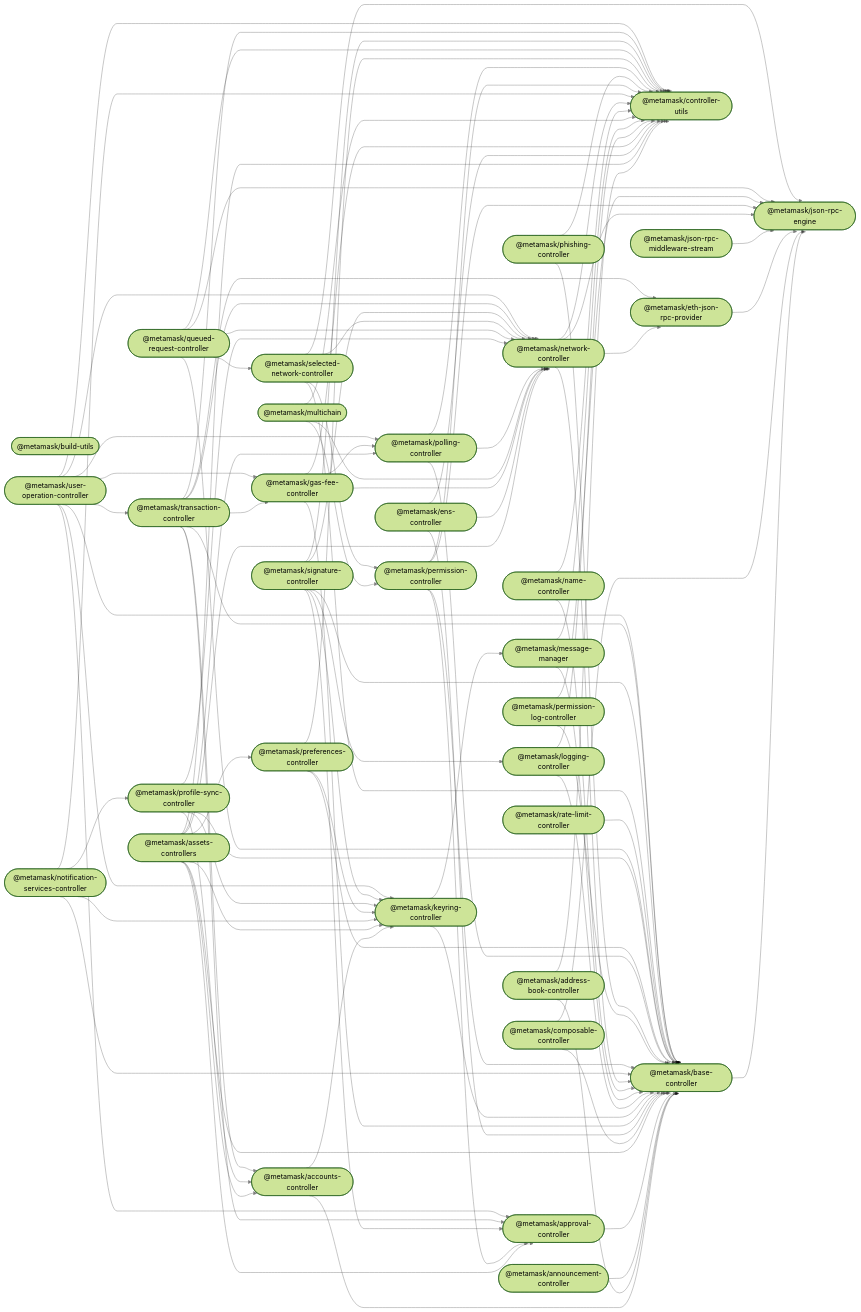
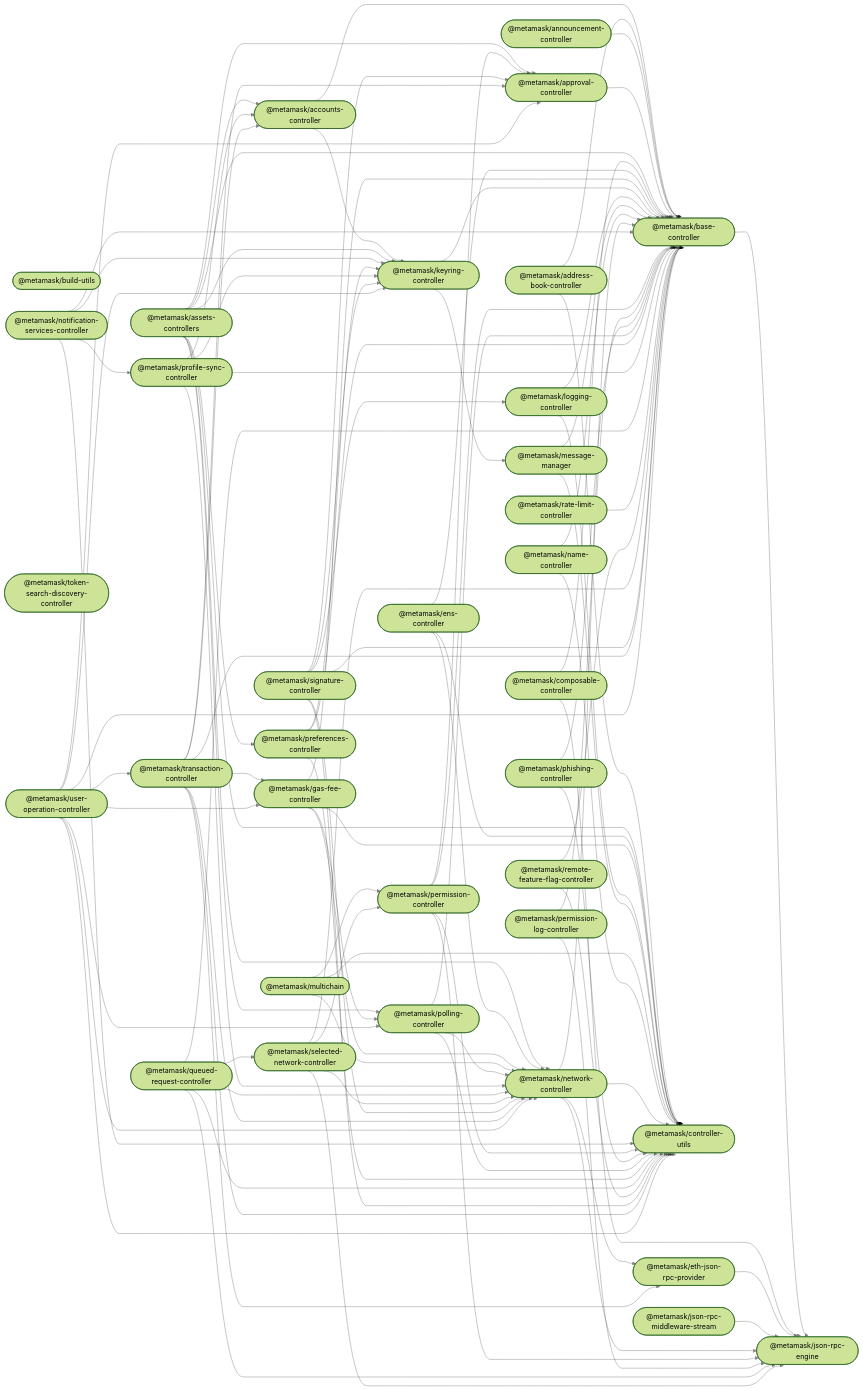
One commit to MetaMask/core changed the diagram in README.md. Above: the diagram before and after it, drawn with Mermaid (forest theme). The commit also changed other lines of this file and 20 other files, not shown here.

First line of the commit message:
feat: Add mm portfolio api - token search controller (#5142)

```diff
--- a/README.md
+++ b/README.md
@@ -91,8 +92,10 @@
   profile_sync_controller(["@metamask/profile-sync-controller"]);
   queued_request_controller(["@metamask/queued-request-controller"]);
   rate_limit_controller(["@metamask/rate-limit-controller"]);
+  remote_feature_flag_controller(["@metamask/remote-feature-flag-controller"]);
   selected_network_controller(["@metamask/selected-network-controller"]);
   signature_controller(["@metamask/signature-controller"]);
+  token_search_discovery_controller(["@metamask/token-search-discovery-controller"]);
   transaction_controller(["@metamask/transaction-controller"]);
   user_operation_controller(["@metamask/user-operation-controller"]);
   accounts_controller --> base_controller;
@@ -164,6 +167,8 @@
   queued_request_controller --> network_controller;
   queued_request_controller --> selected_network_controller;
   rate_limit_controller --> base_controller;
+  remote_feature_flag_controller --> base_controller;
+  remote_feature_flag_controller --> controller_utils;
   selected_network_controller --> base_controller;
   selected_network_controller --> json_rpc_engine;
   selected_network_controller --> network_controller;
```
